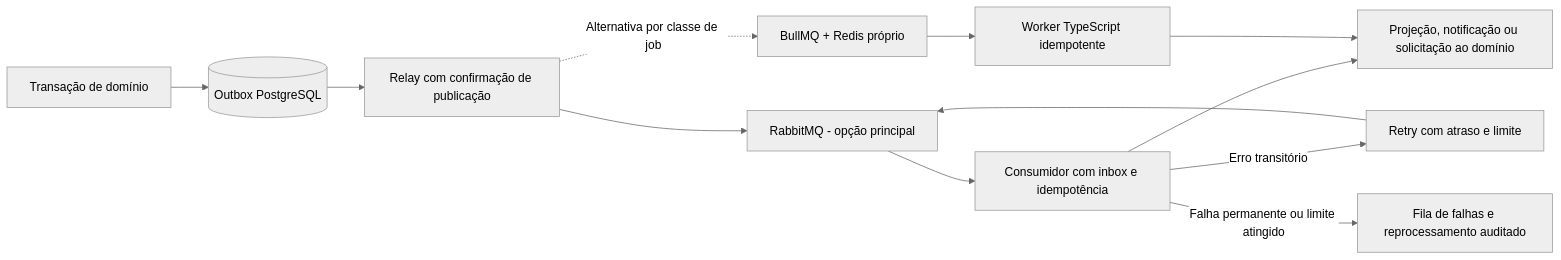
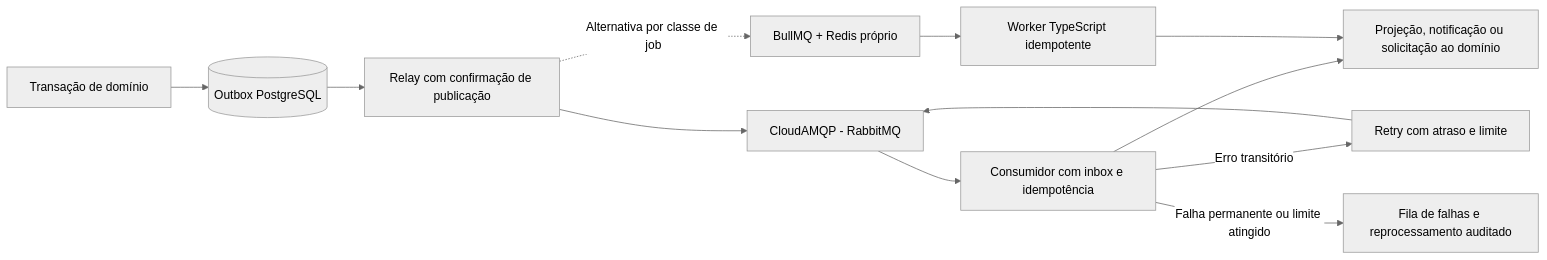
The fifth of 14 diagrams in .github/ARCHITECTURE.md (ReeseArch64/opencok), drawn with Mermaid (neutral theme) before and after one commit. The commit also changed other lines of this file and 3 other files, not shown here.

Commit message:
docs: expand deployment architecture and mobile client roadmap

````diff
--- a/.github/ARCHITECTURE.md
+++ b/.github/ARCHITECTURE.md
@@ -404,14 +512,14 @@
 ```mermaid
 flowchart LR
   write[Transação de domínio] --> outbox[(Outbox PostgreSQL)]
   outbox --> relay[Relay com confirmação de publicação]
-  relay --> rabbit[RabbitMQ - opção principal]
+  relay --> rabbit[CloudAMQP - RabbitMQ]
   relay -.->|Alternativa por classe de job| bull[BullMQ + Redis próprio]
   rabbit --> consumer[Consumidor com inbox e idempotência]
   bull --> worker[Worker TypeScript idempotente]
   consumer --> projection[Projeção, notificação ou solicitação ao domínio]
   worker --> projection
   consumer -->|Erro transitório| retry[Retry com atraso e limite]
   retry --> rabbit
   consumer -->|Falha permanente ou limite atingido| dlq[Fila de falhas e reprocessamento auditado]
 ```
````
